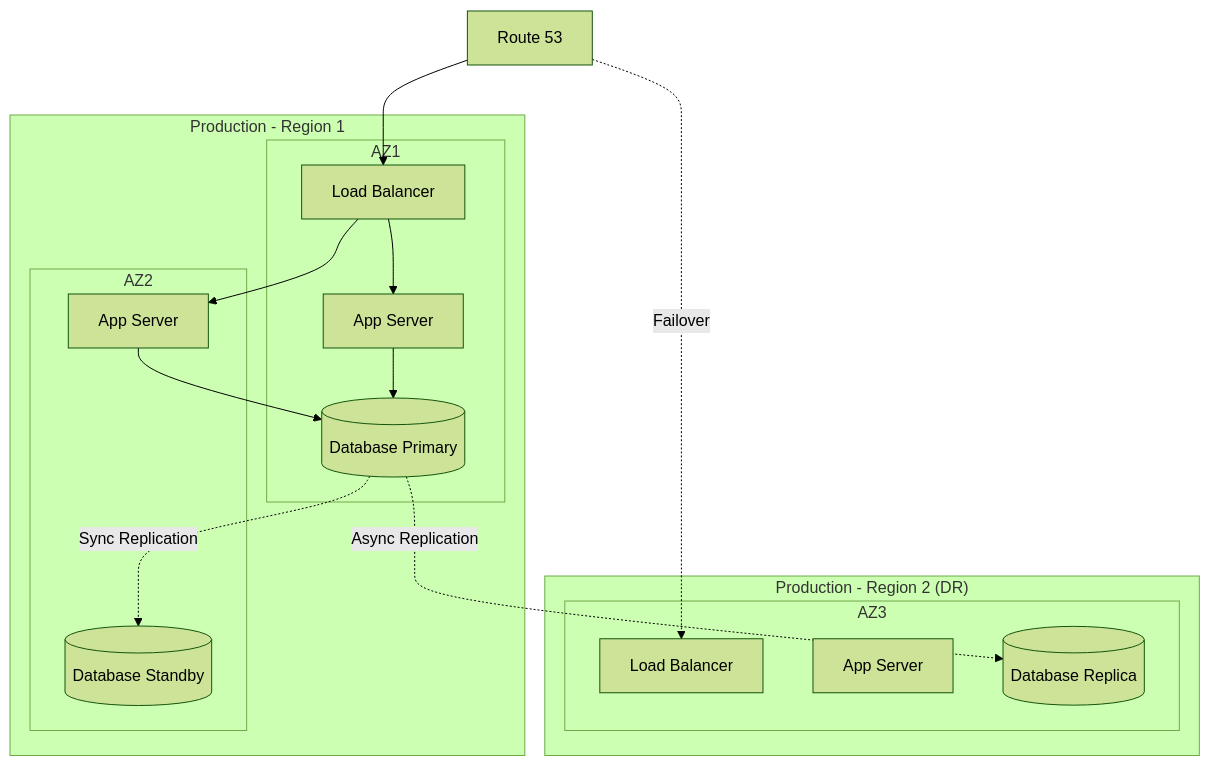
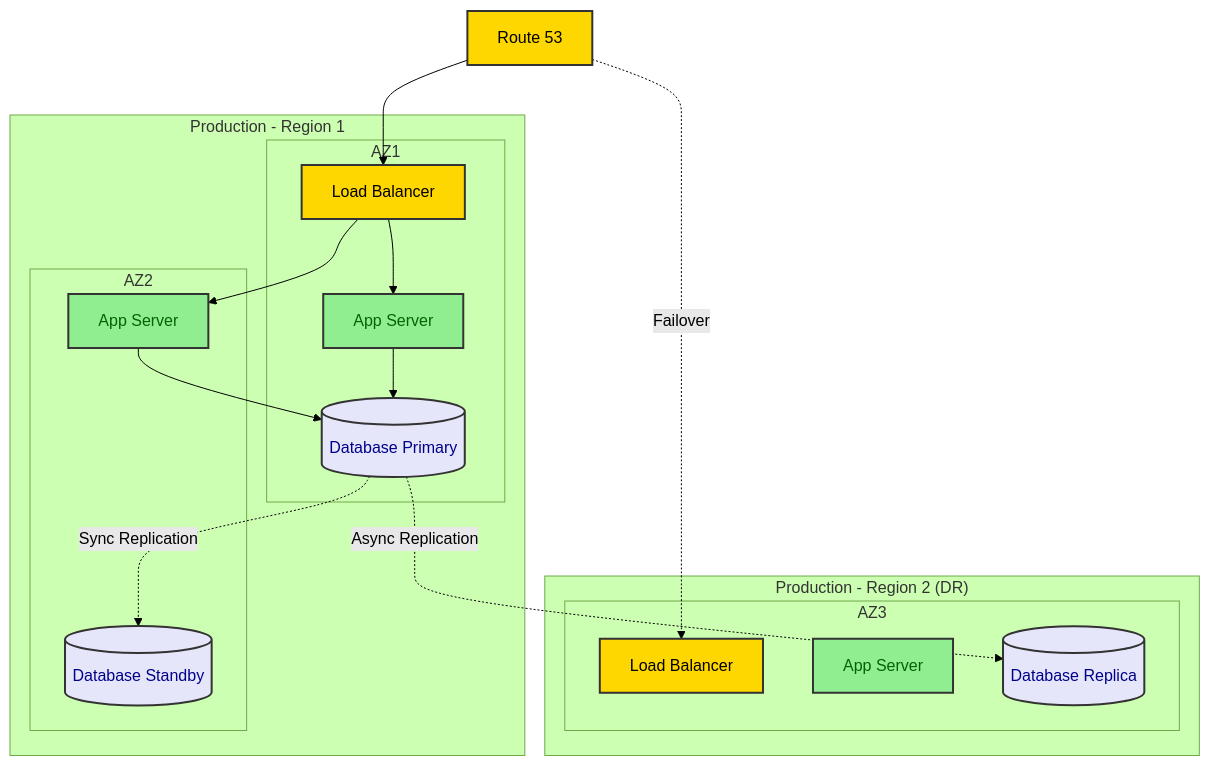
Diagram 17 of 18 in .claude/skills/design-doc-mermaid/assets/system-design-template.md (kasiopeiya/claude-dev-template), drawn with Mermaid (forest theme) before and after one commit. The commit also changed other lines of this file and 5 other files, not shown here.

````diff
--- a/.claude/skills/design-doc-mermaid/assets/system-design-template.md
+++ b/.claude/skills/design-doc-mermaid/assets/system-design-template.md
@@ -637,34 +699,42 @@
 ```mermaid
 graph TB
     subgraph "Production - Region 1"
         subgraph "AZ1"
             LB1[Load Balancer]
             App1[App Server]
             DB1[(Database Primary)]
         end
 
         subgraph "AZ2"
             App2[App Server]
             DB2[(Database Standby)]
         end
     end
 
     subgraph "Production - Region 2 (DR)"
         subgraph "AZ3"
             LB2[Load Balancer]
             App3[App Server]
             DB3[(Database Replica)]
         end
     end
 
     DNS[Route 53]
     DNS --> LB1
     DNS -.Failover.-> LB2
 
     LB1 --> App1
     LB1 --> App2
     App1 --> DB1
     App2 --> DB1
     DB1 -.Sync Replication.-> DB2
     DB1 -.Async Replication.-> DB3
+
+    classDef edge fill:#FFD700,stroke:#333,stroke-width:2px,color:black
+    classDef app fill:#90EE90,stroke:#333,stroke-width:2px,color:darkgreen
+    classDef store fill:#E6E6FA,stroke:#333,stroke-width:2px,color:darkblue
+
+    class DNS,LB1,LB2 edge
+    class App1,App2,App3 app
+    class DB1,DB2,DB3 store
 ```
````
